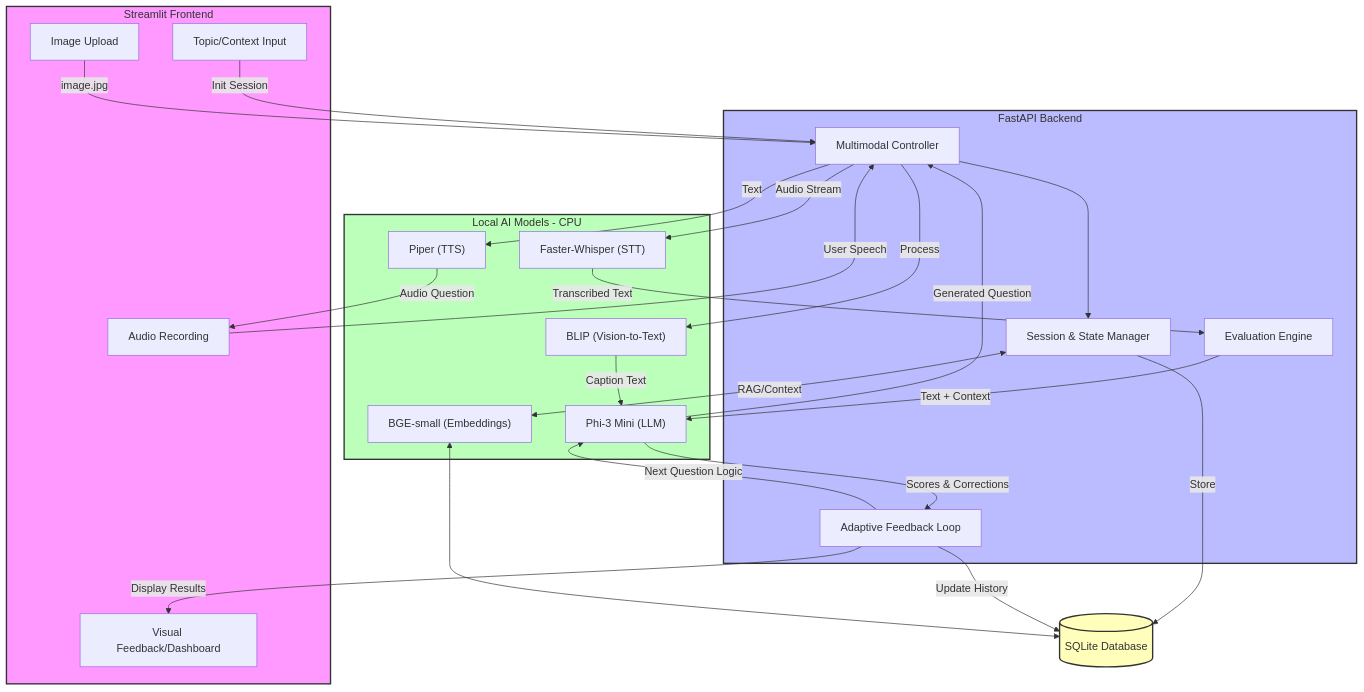
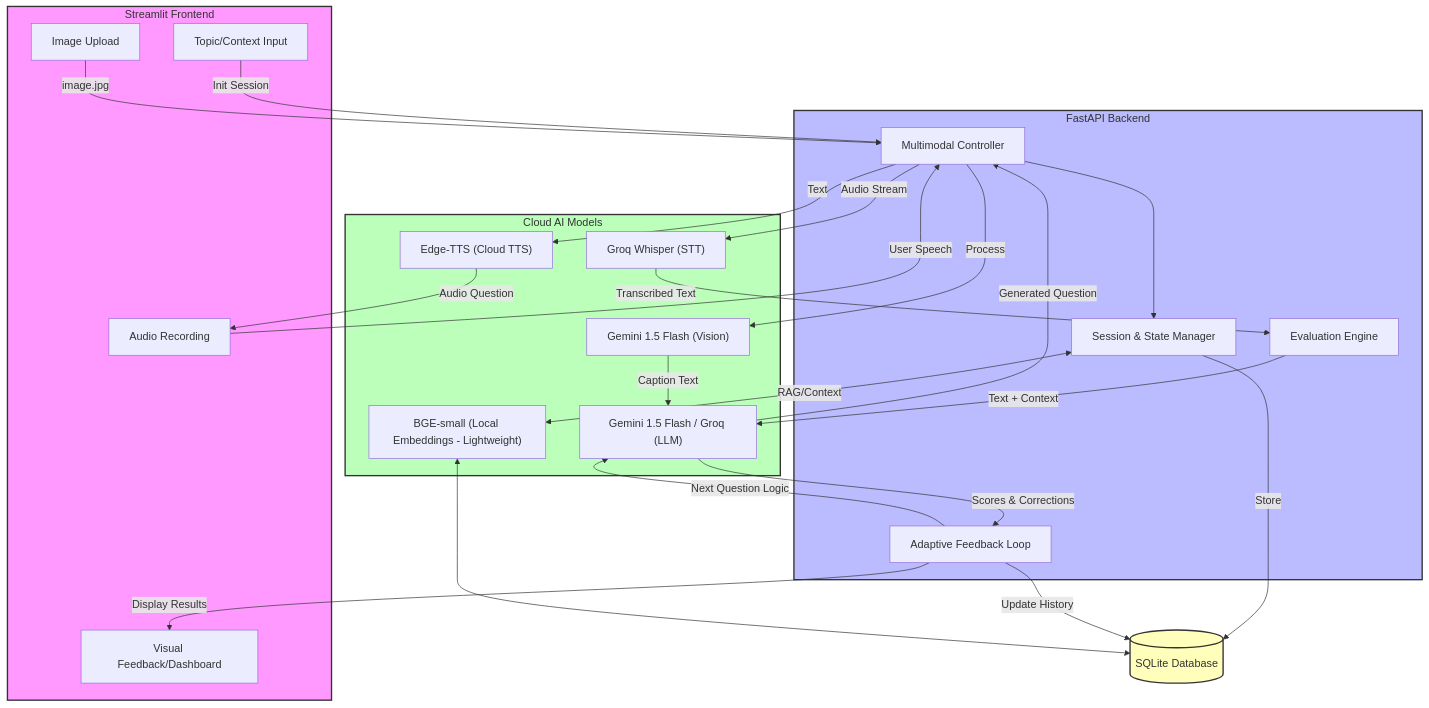
Before and after one commit to vinh1988/Speaking-Practice: the diagram in architecture.md, drawn with Mermaid. The commit also changed 6 other files, not shown here.

````diff
--- a/architecture.md
+++ b/architecture.md
@@ -44,66 +44,66 @@
 ```mermaid
 graph TD
     %% User Inputs
     subgraph UI [Streamlit Frontend]
         A1[Topic/Context Input]
         A2[Image Upload]
         A3[Audio Recording]
         A4[Visual Feedback/Dashboard]
     end
 
     %% Backend Controllers
     subgraph BE [FastAPI Backend]
         B1[Multimodal Controller]
         B2[Session & State Manager]
         B3[Evaluation Engine]
         B4[Adaptive Feedback Loop]
     end
 
-    %% AI Models (CPU Only)
-    subgraph Models [Local AI Models - CPU]
-        M1["BLIP (Vision-to-Text)"]
-        M2["Faster-Whisper (STT)"]
-        M3["Phi-3 Mini (LLM)"]
-        M4["Piper (TTS)"]
-        M5["BGE-small (Embeddings)"]
+    %% AI Models (Cloud APIs)
+    subgraph Models [Cloud AI Models]
+        M1["Gemini 1.5 Flash (Vision)"]
+        M2["Groq Whisper (STT)"]
+        M3["Gemini 1.5 Flash / Groq (LLM)"]
+        M4["Edge-TTS (Cloud TTS)"]
+        M5["BGE-small (Local Embeddings - Lightweight)"]
     end
 
     %% Storage
     DB[(SQLite Database)]
 
     %% Flow: Setup
     A1 -->|Init Session| B1
     B1 --> B2
     B2 -->|Store| DB
 
     %% Flow: Image Processing
     A2 -->|image.jpg| B1
     B1 -->|Process| M1
     M1 -->|Caption Text| M3
 
     %% Flow: Question Generation
     M3 -->|Generated Question| B1
     B1 -->|Text| M4
     M4 -->|Audio Question| A3
 
     %% Flow: User Answer & Evaluation
     A3 -->|User Speech| B1
     B1 -->|Audio Stream| M2
     M2 -->|Transcribed Text| B3
     B3 -->|Text + Context| M3
     M3 -->|Scores & Corrections| B4
 
     %% Feedback & Loop
     B4 -->|Update History| DB
     B4 -->|Display Results| A4
     B4 -->|Next Question Logic| M3
     
     %% Semantic Memory
     B2 <-->|RAG/Context| M5 <--> DB
 
     %% Styling
     style UI fill:#f9f,stroke:#333,stroke-width:2px
     style BE fill:#bbf,stroke:#333,stroke-width:2px
     style Models fill:#bfb,stroke:#333,stroke-width:2px
     style DB fill:#ffb,stroke:#333,stroke-width:2px
 ```
````
